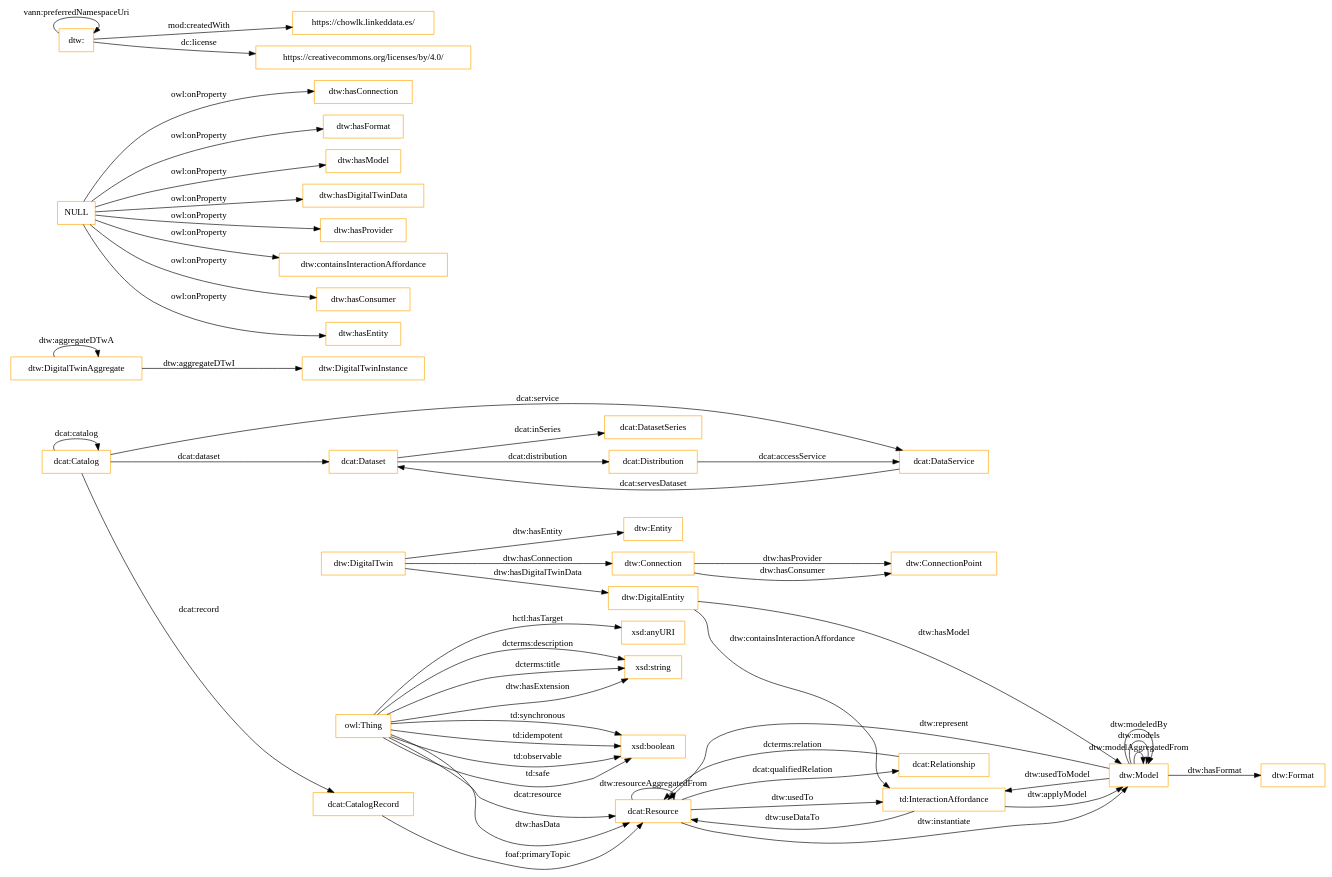
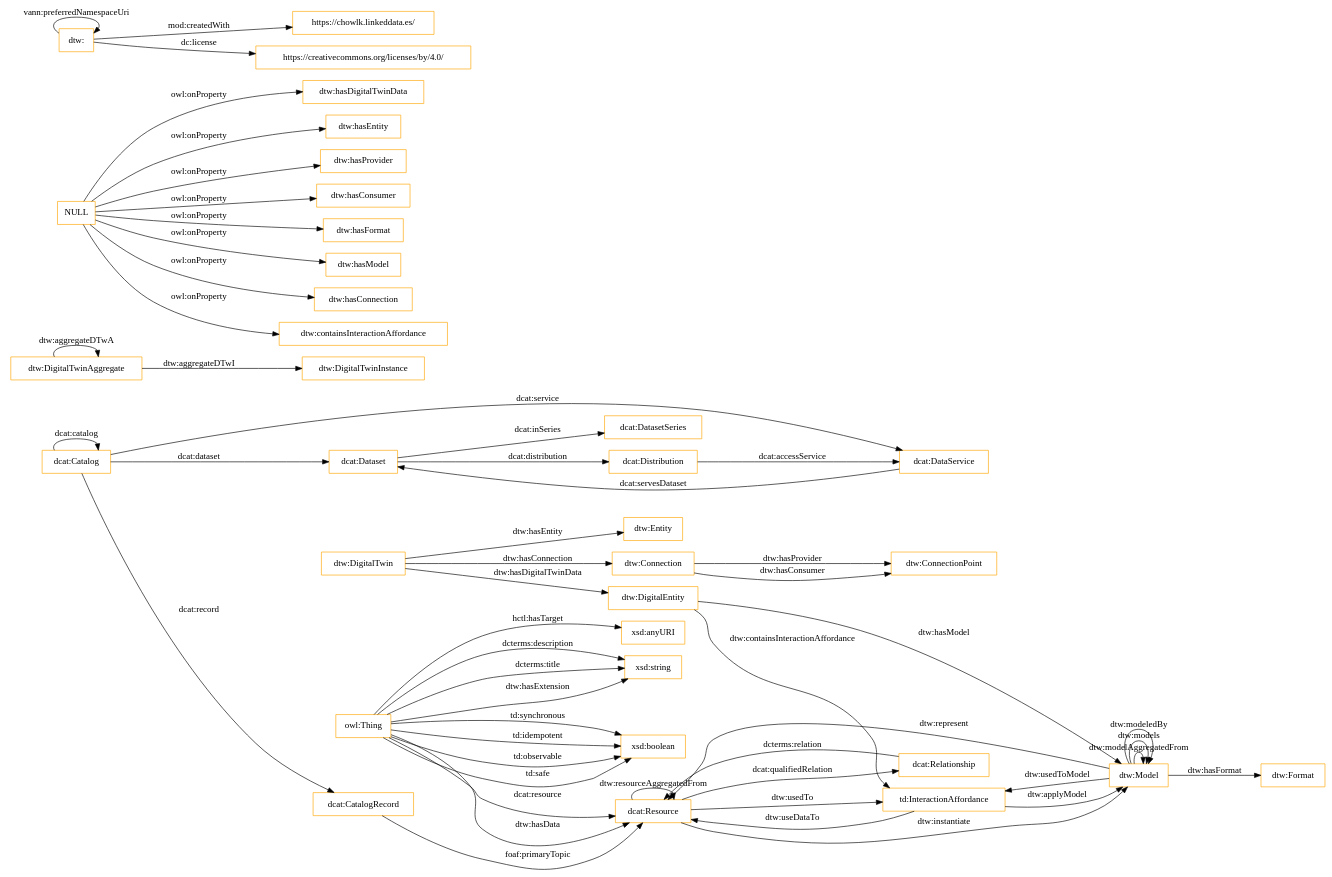
One commit to oeg-upm/WoT-DT-ontology-v2 changed the diagram in OnToology/ontology.ttl/diagrams/ar2dtool-class/ontology.ttl.png.dot. Above: the diagram before and after it, drawn with Graphviz. The commit also changed other lines of this file and 5 other files, not shown here.

```diff
--- a/OnToology/ontology.ttl/diagrams/ar2dtool-class/ontology.ttl.png.dot
+++ b/OnToology/ontology.ttl/diagrams/ar2dtool-class/ontology.ttl.png.dot
@@ -1,58 +1,58 @@
 digraph ar2dtool_diagram { 
 rankdir=LR;
 size="1501"
 node [shape = rectangle, color="orange"]; "dcat:Dataset" "dtw:Format" "dcat:DataService" "dtw:DigitalTwinInstance" "td:InteractionAffordance" "dtw:ConnectionPoint" "dtw:Entity" "dtw:Model" "dtw:DigitalTwin" "dcat:CatalogRecord" "dtw:DigitalTwinAggregate" "dcat:Relationship" "dcat:DatasetSeries" "dcat:Resource" "dcat:Catalog" "dcat:Distribution" "dtw:Connection" "dtw:DigitalEntity" ; /*classes style*/
-	"NULL" -> "dtw:hasConnection" [ label = "owl:onProperty" ];
+	"NULL" -> "dtw:hasDigitalTwinData" [ label = "owl:onProperty" ];
+	"NULL" -> "dtw:hasEntity" [ label = "owl:onProperty" ];
+	"NULL" -> "dtw:hasProvider" [ label = "owl:onProperty" ];
+	"NULL" -> "dtw:hasConsumer" [ label = "owl:onProperty" ];
 	"NULL" -> "dtw:hasFormat" [ label = "owl:onProperty" ];
 	"NULL" -> "dtw:hasModel" [ label = "owl:onProperty" ];
-	"NULL" -> "dtw:hasDigitalTwinData" [ label = "owl:onProperty" ];
-	"NULL" -> "dtw:hasProvider" [ label = "owl:onProperty" ];
+	"NULL" -> "dtw:hasConnection" [ label = "owl:onProperty" ];
 	"NULL" -> "dtw:containsInteractionAffordance" [ label = "owl:onProperty" ];
-	"NULL" -> "dtw:hasConsumer" [ label = "owl:onProperty" ];
-	"NULL" -> "dtw:hasEntity" [ label = "owl:onProperty" ];
 	"dtw:" -> "https://chowlk.linkeddata.es/" [ label = "mod:createdWith" ];
 	"dtw:" -> "https://creativecommons.org/licenses/by/4.0/" [ label = "dc:license" ];
 	"dtw:" -> "dtw:" [ label = "vann:preferredNamespaceUri" ];
 	"td:InteractionAffordance" -> "dtw:Model" [ label = "dtw:applyModel" ];
 	"owl:Thing" -> "xsd:anyURI" [ label = "hctl:hasTarget" ];
 	"owl:Thing" -> "dcat:Resource" [ label = "dcat:resource" ];
 	"owl:Thing" -> "xsd:string" [ label = "dcterms:description" ];
 	"dcat:Resource" -> "dtw:Model" [ label = "dtw:instantiate" ];
 	"dcat:Resource" -> "dcat:Resource" [ label = "dtw:resourceAggregatedFrom" ];
 	"dtw:Model" -> "td:InteractionAffordance" [ label = "dtw:usedToModel" ];
 	"dtw:Model" -> "dtw:Model" [ label = "dtw:modelAggregatedFrom" ];
 	"td:InteractionAffordance" -> "dcat:Resource" [ label = "dtw:useDataTo" ];
 	"dcat:Distribution" -> "dcat:DataService" [ label = "dcat:accessService" ];
 	"dcat:Catalog" -> "dcat:CatalogRecord" [ label = "dcat:record" ];
 	"dcat:Resource" -> "dcat:Relationship" [ label = "dcat:qualifiedRelation" ];
 	"dcat:CatalogRecord" -> "dcat:Resource" [ label = "foaf:primaryTopic" ];
 	"dcat:Catalog" -> "dcat:Dataset" [ label = "dcat:dataset" ];
 	"dcat:DataService" -> "dcat:Dataset" [ label = "dcat:servesDataset" ];
 	"owl:Thing" -> "xsd:boolean" [ label = "td:observable" ];
 	"dtw:DigitalTwin" -> "dtw:Connection" [ label = "dtw:hasConnection" ];
 	"dtw:Connection" -> "dtw:ConnectionPoint" [ label = "dtw:hasProvider" ];
 	"dtw:Connection" -> "dtw:ConnectionPoint" [ label = "dtw:hasConsumer" ];
 	"dcat:Catalog" -> "dcat:DataService" [ label = "dcat:service" ];
 	"owl:Thing" -> "dcat:Resource" [ label = "dtw:hasData" ];
 	"dtw:Model" -> "dtw:Model" [ label = "dtw:models" ];
 	"dcat:Catalog" -> "dcat:Catalog" [ label = "dcat:catalog" ];
 	"dtw:DigitalTwin" -> "dtw:DigitalEntity" [ label = "dtw:hasDigitalTwinData" ];
 	"dcat:Relationship" -> "dcat:Resource" [ label = "dcterms:relation" ];
 	"owl:Thing" -> "xsd:boolean" [ label = "td:safe" ];
 	"dtw:DigitalEntity" -> "td:InteractionAffordance" [ label = "dtw:containsInteractionAffordance" ];
 	"dtw:Model" -> "dtw:Format" [ label = "dtw:hasFormat" ];
 	"dtw:Model" -> "dtw:Model" [ label = "dtw:modeledBy" ];
 	"dtw:DigitalTwin" -> "dtw:Entity" [ label = "dtw:hasEntity" ];
 	"dtw:DigitalTwinAggregate" -> "dtw:DigitalTwinAggregate" [ label = "dtw:aggregateDTwA" ];
 	"dtw:Model" -> "dcat:Resource" [ label = "dtw:represent" ];
 	"dcat:Dataset" -> "dcat:Distribution" [ label = "dcat:distribution" ];
 	"dcat:Dataset" -> "dcat:DatasetSeries" [ label = "dcat:inSeries" ];
 	"dcat:Resource" -> "td:InteractionAffordance" [ label = "dtw:usedTo" ];
 	"owl:Thing" -> "xsd:boolean" [ label = "td:synchronous" ];
 	"dtw:DigitalEntity" -> "dtw:Model" [ label = "dtw:hasModel" ];
 	"owl:Thing" -> "xsd:string" [ label = "dcterms:title" ];
 	"dtw:DigitalTwinAggregate" -> "dtw:DigitalTwinInstance" [ label = "dtw:aggregateDTwI" ];
 	"owl:Thing" -> "xsd:boolean" [ label = "td:idempotent" ];
 	"owl:Thing" -> "xsd:string" [ label = "dtw:hasExtension" ];
 
 }
```
